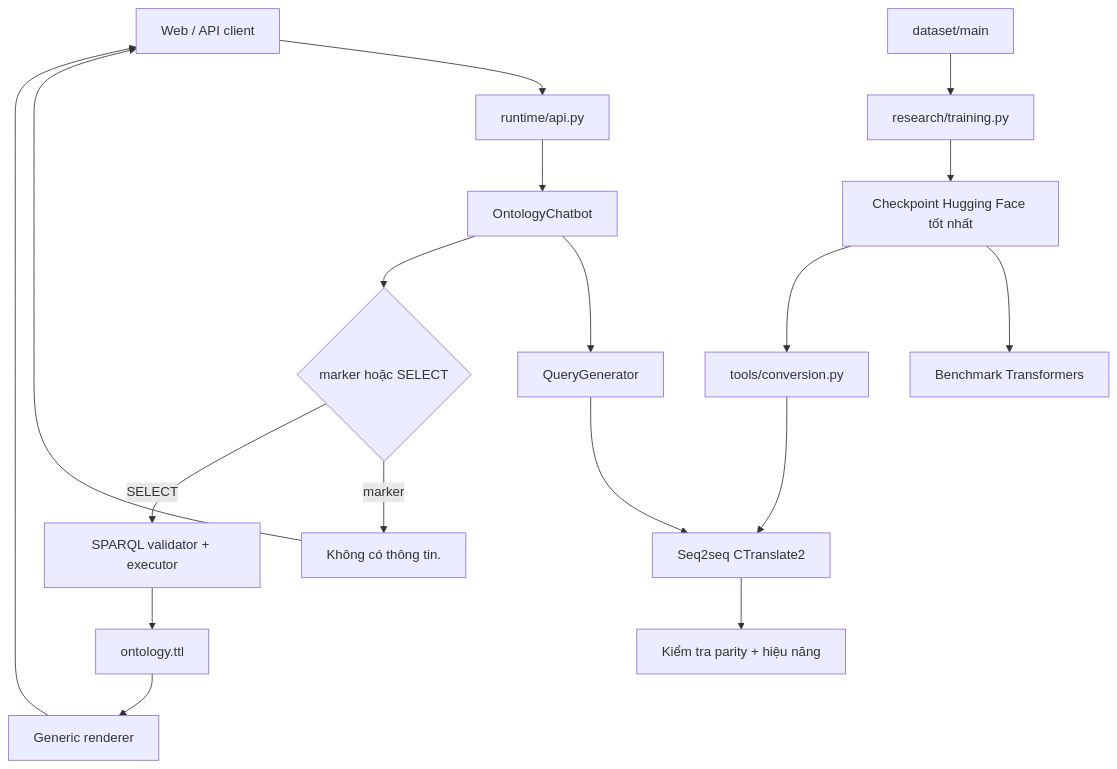
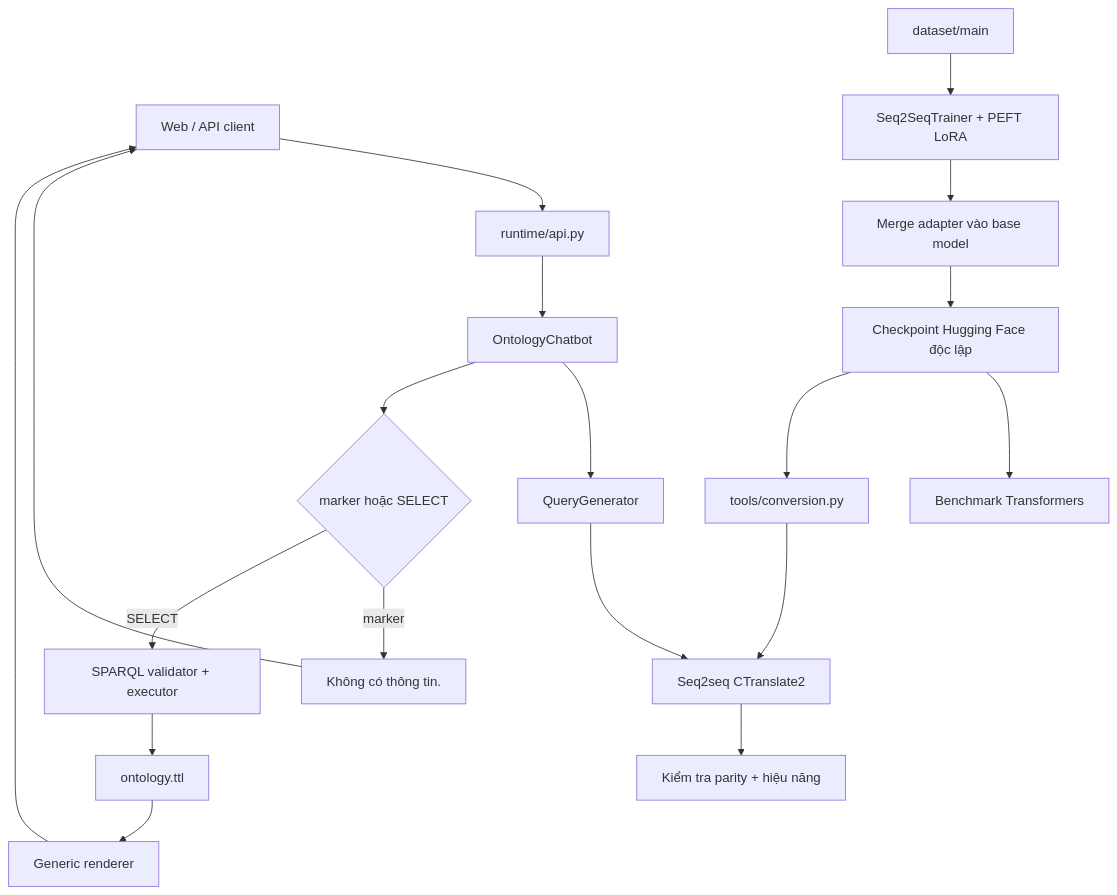
Before and after one commit to vpthinh19/ontology-chatbot: the diagram in docs/ARCHITECTURE.md, drawn with Mermaid. The commit also changed other lines of this file and 7 other files, not shown here.

````diff
--- a/docs/ARCHITECTURE.md
+++ b/docs/ARCHITECTURE.md
@@ -5,21 +5,22 @@
 ```mermaid
 flowchart TB
     UI["Web / API client"] --> API["runtime/api.py"]
     API --> P["OntologyChatbot"]
     P --> G["QueryGenerator"]
     G --> CT2["Seq2seq CTranslate2"]
     P --> D{"marker hoặc SELECT"}
     D -- "marker" --> R["Không có thông tin."]
     D -- "SELECT" --> Q["SPARQL validator + executor"]
     Q --> RDF["ontology.ttl"]
     RDF --> F["Generic renderer"]
     F --> UI
     R --> UI
 
-    DS["dataset/main"] --> TR["research/training.py"]
-    TR --> HF["Checkpoint Hugging Face tốt nhất"]
+    DS["dataset/main"] --> TR["Seq2SeqTrainer + PEFT LoRA"]
+    TR --> MG["Merge adapter vào base model"]
+    MG --> HF["Checkpoint Hugging Face độc lập"]
     HF --> BM["Benchmark Transformers"]
     HF --> CV["tools/conversion.py"]
     CV --> CT2
     CT2 --> PA["Kiểm tra parity + hiệu năng"]
 ```
````
